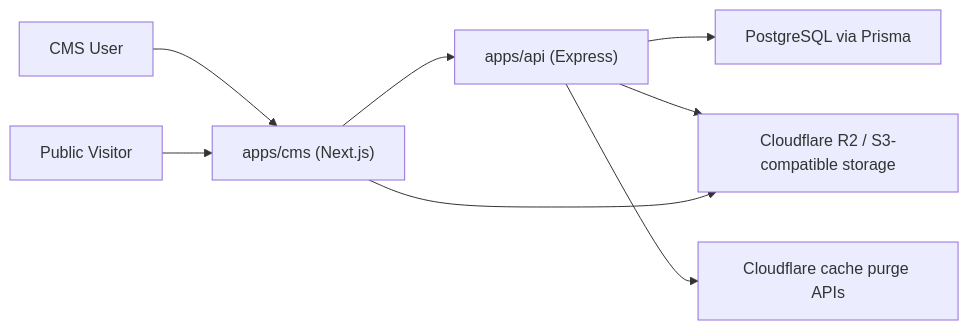
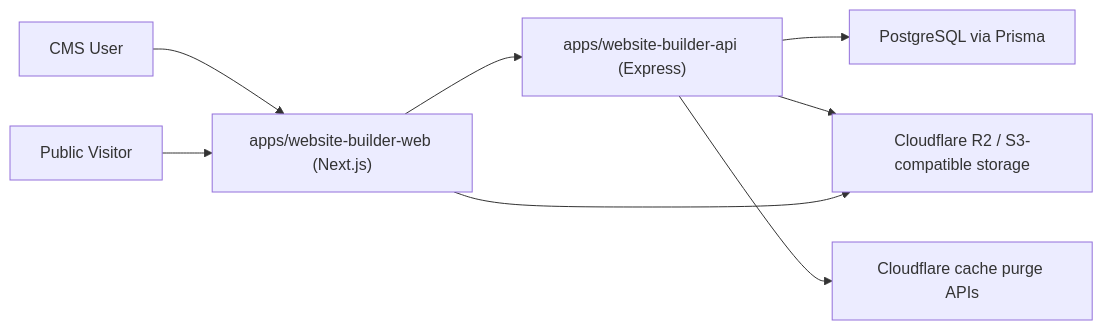
Before and after one commit to dilrukshax/website-build: the diagram in AGENTS.md, drawn with Mermaid. The commit also changed other lines of this file and 630 other files, not shown here.

Commit message:
Consolidate CMS app into website-builder-web and clean up legacy scaffolding

````diff
--- a/AGENTS.md
+++ b/AGENTS.md
@@ -77,10 +77,10 @@
 ```mermaid
 flowchart LR
-    U["CMS User"] --> CMS["apps/cms (Next.js)"]
+    U["CMS User"] --> CMS["apps/website-builder-web (Next.js)"]
     P["Public Visitor"] --> CMS
-    CMS --> API["apps/api (Express)"]
+    CMS --> API["apps/website-builder-api (Express)"]
     API --> DB["PostgreSQL via Prisma"]
     API --> R2["Cloudflare R2 / S3-compatible storage"]
     API --> CF["Cloudflare cache purge APIs"]
     CMS --> R2
 ```
````
